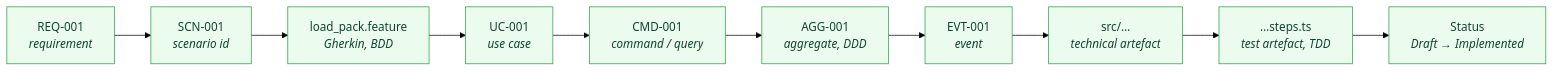
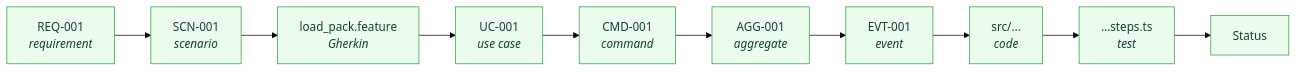
The first of 2 diagrams in docs/articles/specs-that-cannot-lie.md (rsaglobaltech/spec-driven-development-template), drawn with Mermaid (forest theme) before and after one commit. The commit also changed other lines of this file, not shown here.

````diff
--- a/docs/articles/specs-that-cannot-lie.md
+++ b/docs/articles/specs-that-cannot-lie.md
@@ -137,15 +64,15 @@
 ```mermaid
 graph LR
-  R["REQ-001<br/><i>requirement</i>"] --> S["SCN-001<br/><i>scenario id</i>"]
-  S --> F["load_pack.feature<br/><i>Gherkin, BDD</i>"]
+  R["REQ-001<br/><i>requirement</i>"] --> S["SCN-001<br/><i>scenario</i>"]
+  S --> F["load_pack.feature<br/><i>Gherkin</i>"]
   F --> U["UC-001<br/><i>use case</i>"]
-  U --> C["CMD-001<br/><i>command / query</i>"]
-  C --> A["AGG-001<br/><i>aggregate, DDD</i>"]
+  U --> C["CMD-001<br/><i>command</i>"]
+  C --> A["AGG-001<br/><i>aggregate</i>"]
   A --> E["EVT-001<br/><i>event</i>"]
-  E --> T["src/…<br/><i>technical artefact</i>"]
-  T --> X["…steps.ts<br/><i>test artefact, TDD</i>"]
-  X --> ST["Status<br/><i>Draft → Implemented</i>"]
+  E --> T["src/…<br/><i>code</i>"]
+  T --> X["…steps.ts<br/><i>test</i>"]
+  X --> ST["Status"]
 
   classDef c fill:#ebfbee,stroke:#2f9e44,color:#143;
   class R,S,F,U,C,A,E,T,X,ST c;
 ```
````
